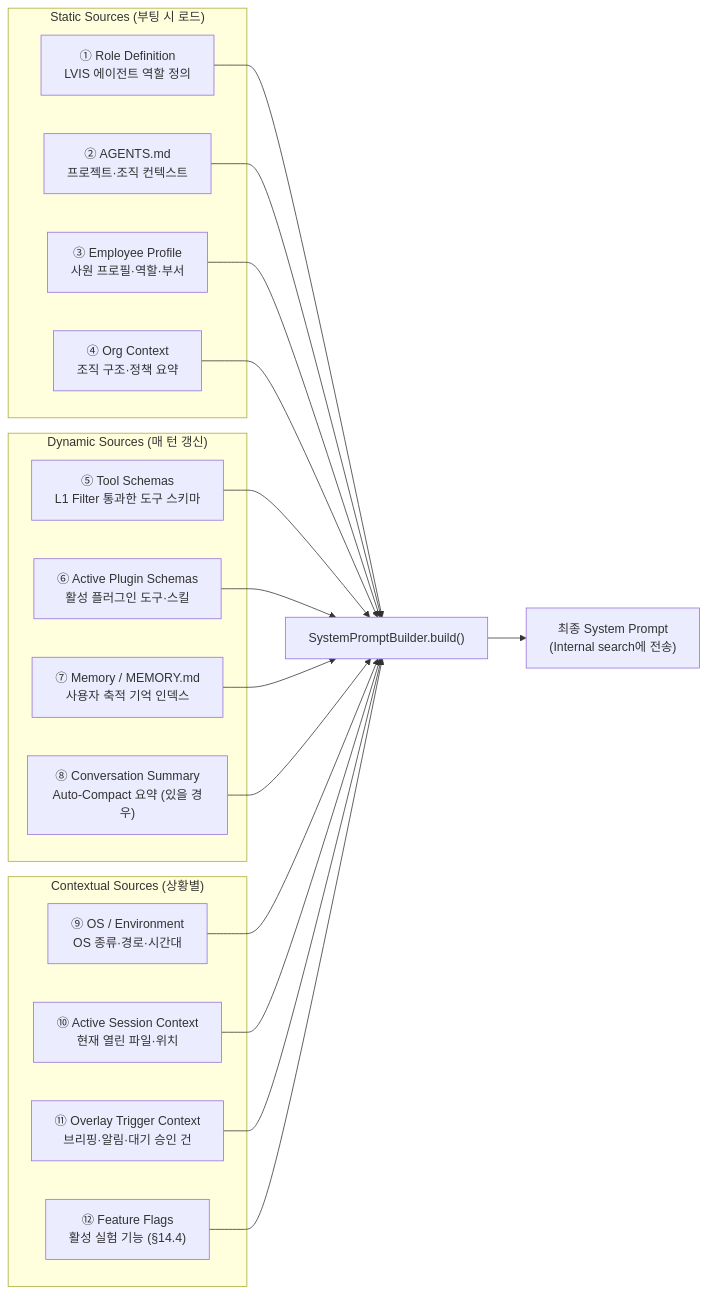
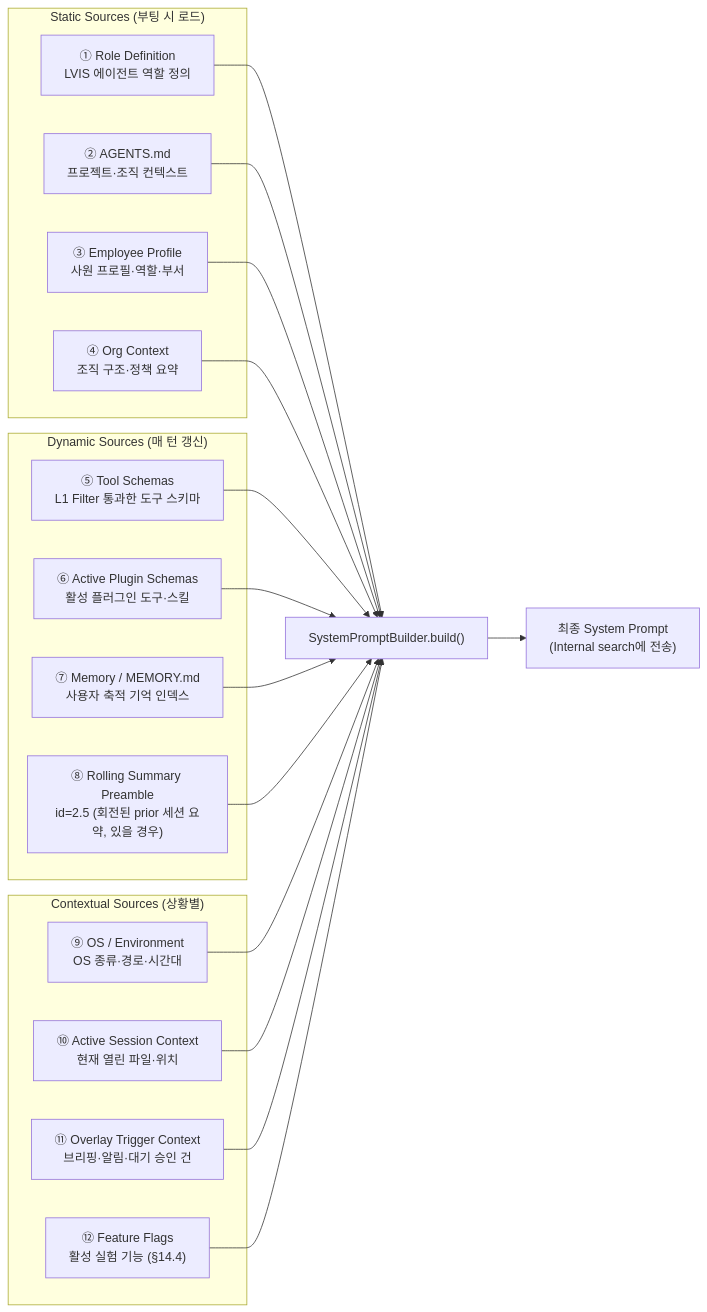
Diagram 14 of 44 in docs/architecture/architecture.md (lvis-project/lvis-app), drawn with Mermaid before and after one commit. The commit also changed other lines of this file and 26 other files, not shown here.

First line of the commit message:
feat(compact): dev tools panel + always-inject rolling summary (#729)

````diff
--- a/docs/architecture/architecture.md
+++ b/docs/architecture/architecture.md
@@ -995,38 +995,38 @@
 ```mermaid
 flowchart LR
     subgraph "Static Sources (부팅 시 로드)"
         S1["① Role Definition<br/>LVIS 에이전트 역할 정의"]
         S2["② AGENTS.md<br/>프로젝트·조직 컨텍스트"]
         S3["③ Employee Profile<br/>사원 프로필·역할·부서"]
         S4["④ Org Context<br/>조직 구조·정책 요약"]
     end
 
     subgraph "Dynamic Sources (매 턴 갱신)"
         S5["⑤ Tool Schemas<br/>L1 Filter 통과한 도구 스키마"]
         S6["⑥ Active Plugin Schemas<br/>활성 플러그인 도구·스킬"]
         S7["⑦ Memory / MEMORY.md<br/>사용자 축적 기억 인덱스"]
-        S8["⑧ Conversation Summary<br/>Auto-Compact 요약 (있을 경우)"]
+        S8["⑧ Rolling Summary Preamble<br/>id=2.5 (회전된 prior 세션 요약, 있을 경우)"]
     end
 
     subgraph "Contextual Sources (상황별)"
         S9["⑨ OS / Environment<br/>OS 종류·경로·시간대"]
         S10["⑩ Active Session Context<br/>현재 열린 파일·위치"]
         S11["⑪ Overlay Trigger Context<br/>브리핑·알림·대기 승인 건"]
         S12["⑫ Feature Flags<br/>활성 실험 기능 (§14.4)"]
     end
 
     S1 --> BUILD["SystemPromptBuilder.build()"]
     S2 --> BUILD
     S3 --> BUILD
     S4 --> BUILD
     S5 --> BUILD
     S6 --> BUILD
     S7 --> BUILD
     S8 --> BUILD
     S9 --> BUILD
     S10 --> BUILD
     S11 --> BUILD
     S12 --> BUILD
 
     BUILD --> PROMPT["최종 System Prompt<br/>(Internal search에 전송)"]
 ```
````
